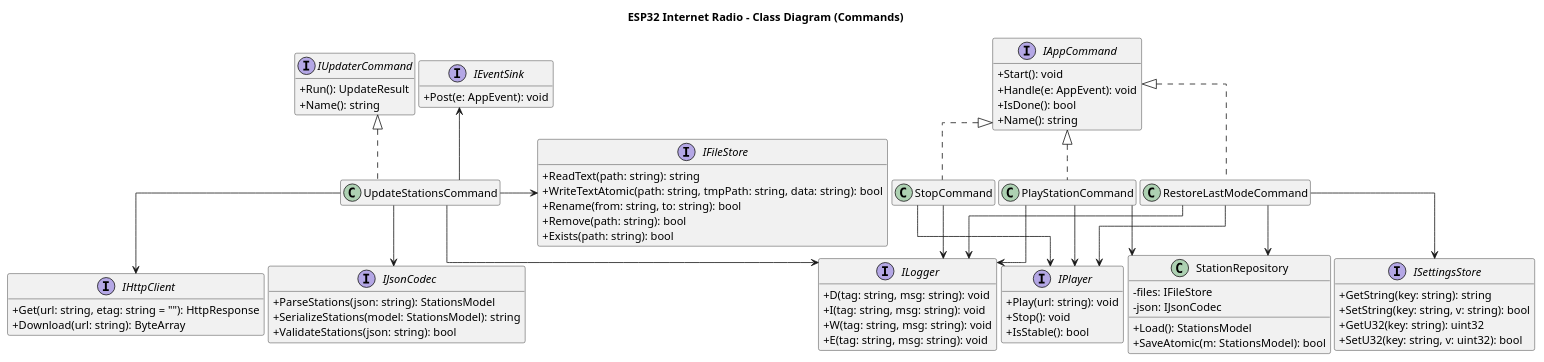
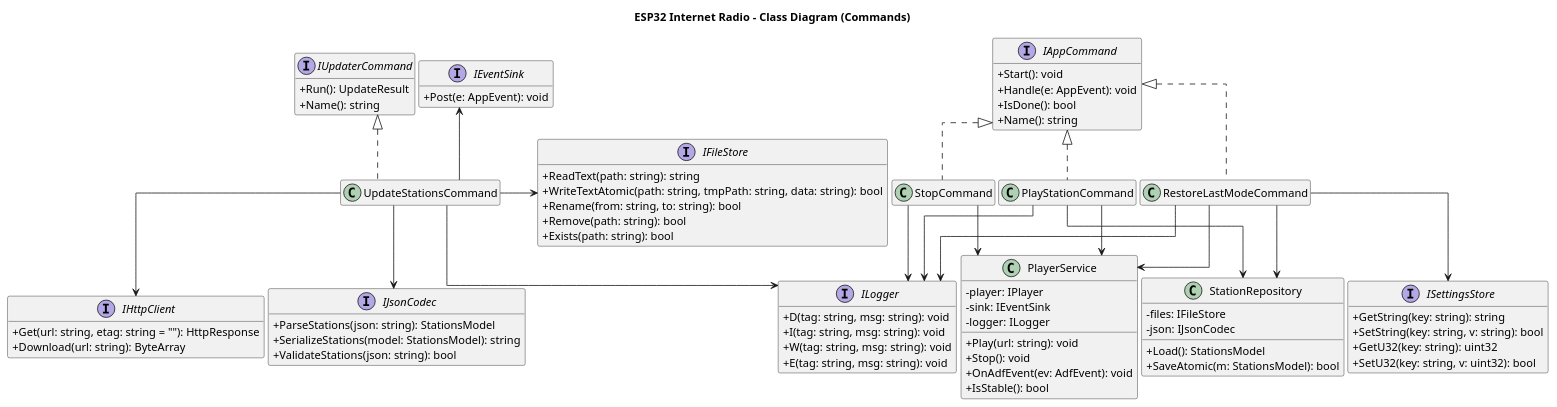
The diagram in docs/diagrams/class_commands.puml (ArturChechui/player), drawn with PlantUML before and after one commit. The commit also changed 3 other files, not shown here.

Commit message:
docs: add and fix class diagrams (refs: #13)

```diff
--- a/docs/diagrams/class_commands.puml
+++ b/docs/diagrams/class_commands.puml
@@ -1,108 +1,112 @@
 @startuml class_commands.puml
 title ESP32 Internet Radio - Class Diagram (Commands)
 
 skinparam backgroundColor white
 skinparam shadowing false
 skinparam linetype ortho
 skinparam classAttributeIconSize 0
 skinparam packageStyle rectangle
 hide empty members
 hide empty methods
 hide empty fields
 skinparam nodesep 5
 skinparam ranksep 12
 
 class StationRepository {
     -files: IFileStore
     -json: IJsonCodec
     +Load(): StationsModel
     +SaveAtomic(m: StationsModel): bool
 }
 
+class PlayerService {
+    -player: IPlayer
+    -sink: IEventSink
+    -logger: ILogger
+    +Play(url: string): void
+    +Stop(): void
+    +OnAdfEvent(ev: AdfEvent): void
+    +IsStable(): bool
+}
+
 interface ISettingsStore {
     +GetString(key: string): string
     +SetString(key: string, v: string): bool
     +GetU32(key: string): uint32
     +SetU32(key: string, v: uint32): bool
 }
 
-interface IPlayer {
-    +Play(url: string): void
-    +Stop(): void
-    +IsStable(): bool
-}
-  
 interface ILogger {
     +D(tag: string, msg: string): void
     +I(tag: string, msg: string): void
     +W(tag: string, msg: string): void
     +E(tag: string, msg: string): void
 }
 
 interface IAppCommand {
   +Start(): void
   +Handle(e: AppEvent): void
   +IsDone(): bool
   +Name(): string
 }
 
 class RestoreLastModeCommand
 class PlayStationCommand
 class StopCommand
 
 interface IUpdaterCommand {
     +Run(): UpdateResult
     +Name(): string
 }
 
 together {
     class UpdateStationsCommand
 
     interface IEventSink {
         +Post(e: AppEvent): void
     }
 
     interface IFileStore {
         +ReadText(path: string): string
         +WriteTextAtomic(path: string, tmpPath: string, data: string): bool
         +Rename(from: string, to: string): bool
         +Remove(path: string): bool
         +Exists(path: string): bool
     }
 
     interface IHttpClient {
         +Get(url: string, etag: string = ""): HttpResponse
         +Download(url: string): ByteArray
     }
 
     interface IJsonCodec {
         +ParseStations(json: string): StationsModel
         +SerializeStations(model: StationsModel): string
         +ValidateStations(json: string): bool
     }
 }
 
 RestoreLastModeCommand .up.|> IAppCommand
 PlayStationCommand .up.|> IAppCommand
 StopCommand .up.|> IAppCommand
 UpdateStationsCommand .up.|> IUpdaterCommand
 
 UpdateStationsCommand --> IHttpClient
 UpdateStationsCommand --> IJsonCodec
 UpdateStationsCommand -left-> IFileStore
 UpdateStationsCommand --> ILogger
 UpdateStationsCommand -up-> IEventSink
 
-PlayStationCommand --> IPlayer
+PlayStationCommand --> PlayerService
 PlayStationCommand --> StationRepository
 PlayStationCommand --> ILogger
 
 RestoreLastModeCommand --> ISettingsStore
 RestoreLastModeCommand --> StationRepository
-RestoreLastModeCommand --> IPlayer
+RestoreLastModeCommand --> PlayerService
 RestoreLastModeCommand --> ILogger
 
-StopCommand --> IPlayer
+StopCommand --> PlayerService
 StopCommand --> ILogger
 
 @enduml
```
